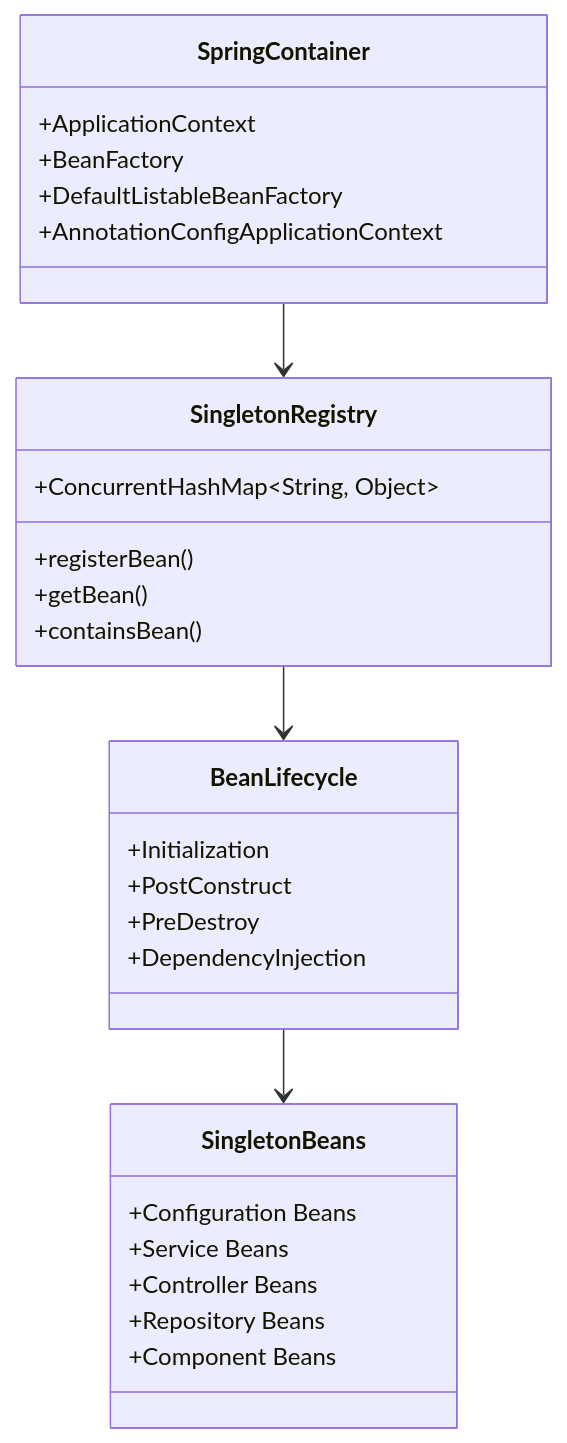
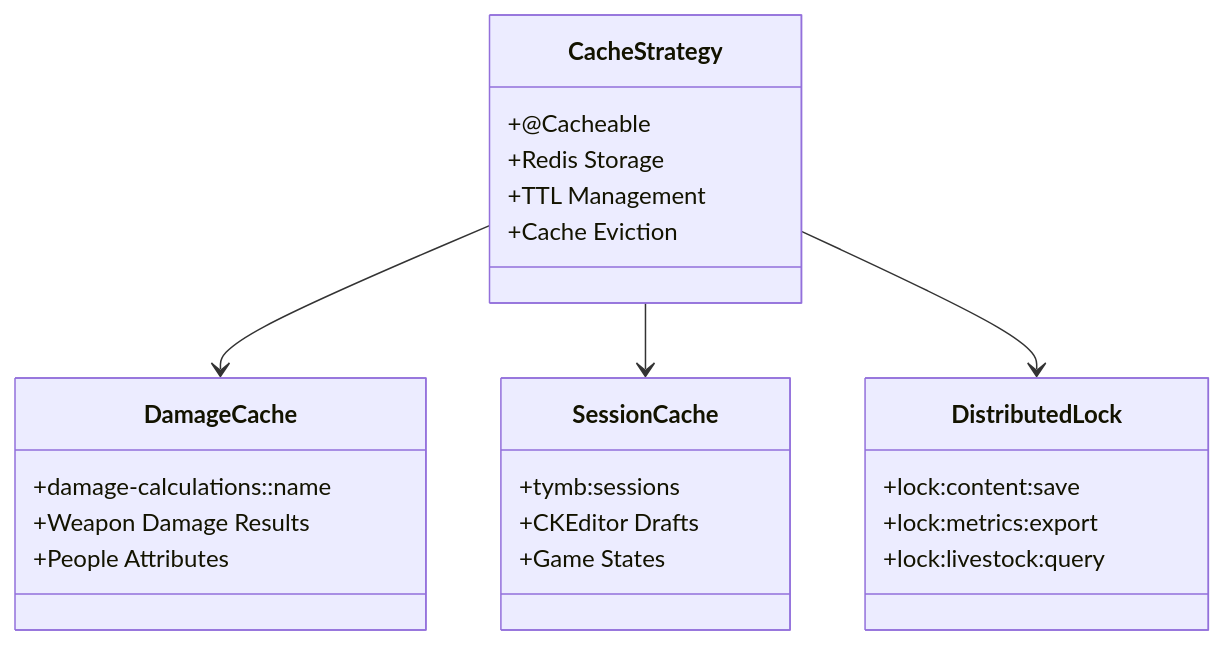
One commit to Vinskao/ty-multiverse-backend changed the fourth of 10 diagrams in README.md. Above: the diagram before and after it, drawn with Mermaid. The commit also changed other lines of this file and 6 other files, not shown here.

````diff
--- a/README.md
+++ b/README.md
@@ -292,35 +124,31 @@
 ```mermaid
 classDiagram
-    class SpringContainer {
-        +ApplicationContext
-        +BeanFactory
-        +DefaultListableBeanFactory
-        +AnnotationConfigApplicationContext
+    class CacheStrategy {
+        +@Cacheable
+        +Redis Storage
+        +TTL Management
+        +Cache Eviction
     }
     
-    class SingletonRegistry {
-        +ConcurrentHashMap~String, Object~
-        +registerBean()
-        +getBean()
-        +containsBean()
+    class DamageCache {
+        +damage-calculations::name
+        +Weapon Damage Results
+        +People Attributes
     }
     
-    class BeanLifecycle {
-        +Initialization
-        +PostConstruct
-        +PreDestroy
-        +DependencyInjection
+    class SessionCache {
+        +tymb:sessions
+        +CKEditor Drafts
+        +Game States
     }
     
-    class SingletonBeans {
-        +Configuration Beans
-        +Service Beans
-        +Controller Beans
-        +Repository Beans
-        +Component Beans
+    class DistributedLock {
+        +lock:content:save
+        +lock:metrics:export
+        +lock:livestock:query
     }
     
-    SpringContainer --> SingletonRegistry
-    SingletonRegistry --> BeanLifecycle
-    BeanLifecycle --> SingletonBeans
+    CacheStrategy --> DamageCache
+    CacheStrategy --> SessionCache
+    CacheStrategy --> DistributedLock
 ```
````
